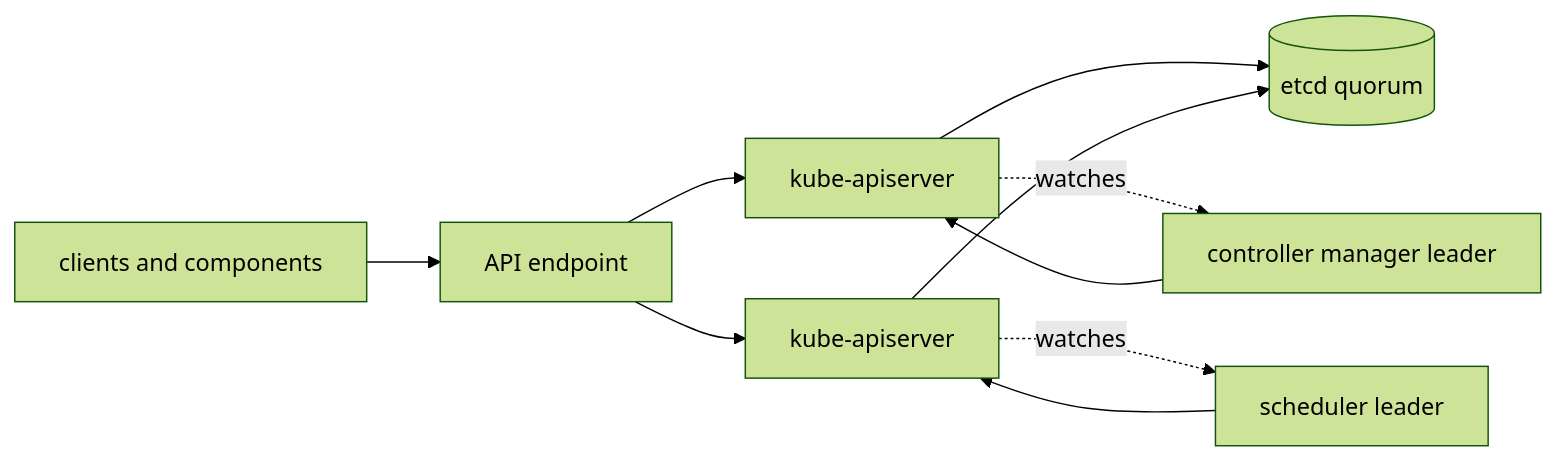
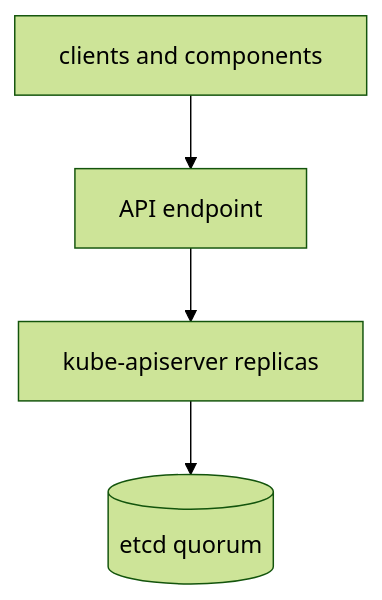
The first of 2 diagrams in core/k8s/control_plane.md (searge/deck), drawn with Mermaid (forest theme) before and after one commit. The commit also changed other lines of this file and 27 other files, not shown here.

````diff
--- a/core/k8s/control_plane.md
+++ b/core/k8s/control_plane.md
@@ -41,12 +41,6 @@
 ```mermaid
-flowchart LR
+flowchart TB
     C[clients and components] --> LB[API endpoint]
-    LB --> A1[kube-apiserver]
-    LB --> A2[kube-apiserver]
-    A1 --> E[(etcd quorum)]
-    A2 --> E
-    A1 -. watches .-> CM[controller manager leader]
-    A2 -. watches .-> S[scheduler leader]
-    CM --> A1
-    S --> A2
+    LB --> A[kube-apiserver replicas]
+    A --> E[(etcd quorum)]
 ```
````
